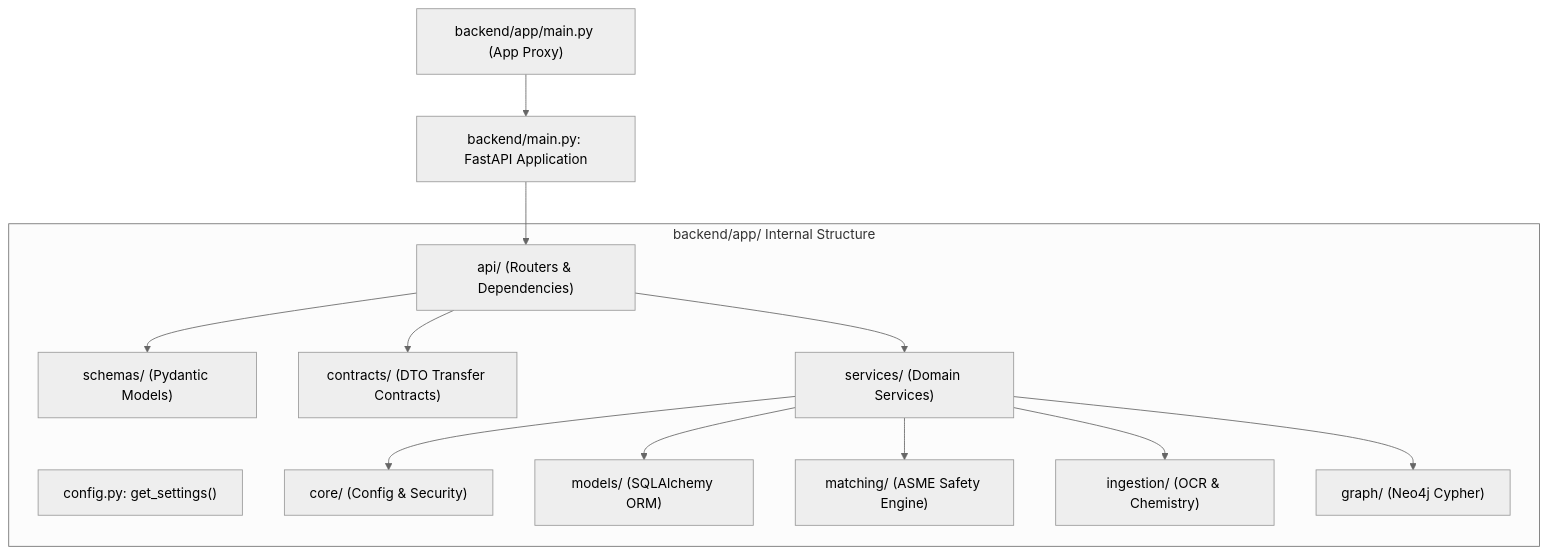
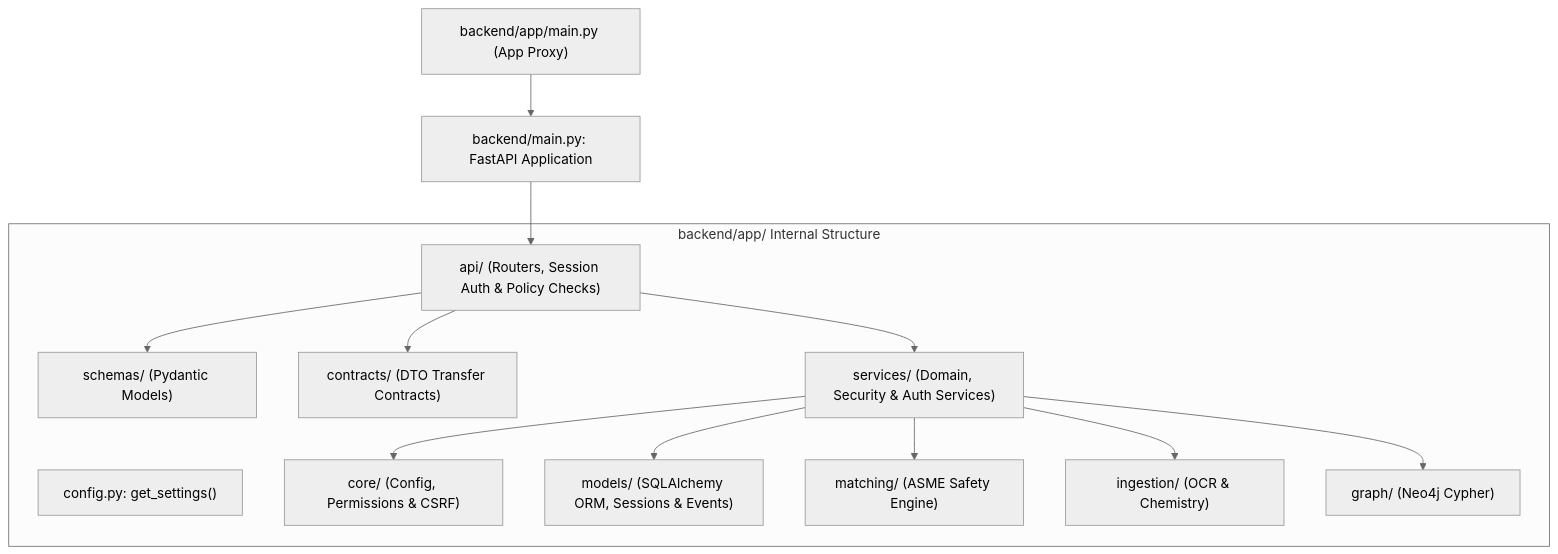
The diagram in backend/app/README.md (Gesicht436/Samanvay-AI), drawn with Mermaid (neutral theme) before and after one commit. The commit also changed other lines of this file and 20 other files, not shown here.

First line of the commit message:
docs: update architectural documentation, security specs, and dev runbooks for enterprise auth

````diff
--- a/backend/app/README.md
+++ b/backend/app/README.md
@@ -18,27 +18,27 @@
 ```mermaid
 flowchart TD
     Proxy["backend/app/main.py (App Proxy)"] --> MainApp["backend/main.py: FastAPI Application"]
 
     subgraph AppPackage["backend/app/ Internal Structure"]
         Config["config.py: get_settings()"]
-        Core["core/ (Config & Security)"]
-        Models["models/ (SQLAlchemy ORM)"]
+        Core["core/ (Config, Permissions & CSRF)"]
+        Models["models/ (SQLAlchemy ORM, Sessions & Events)"]
         Schemas["schemas/ (Pydantic Models)"]
         Contracts["contracts/ (DTO Transfer Contracts)"]
-        Services["services/ (Domain Services)"]
+        Services["services/ (Domain, Security & Auth Services)"]
         Matching["matching/ (ASME Safety Engine)"]
         Ingestion["ingestion/ (OCR & Chemistry)"]
         Graph["graph/ (Neo4j Cypher)"]
-        API["api/ (Routers & Dependencies)"]
+        API["api/ (Routers, Session Auth & Policy Checks)"]
     end
 
     MainApp --> API
     API --> Services
     Services --> Matching
     Services --> Ingestion
     Services --> Graph
     Services --> Models
     Services --> Core
     API --> Schemas
     API --> Contracts
 ```
````
